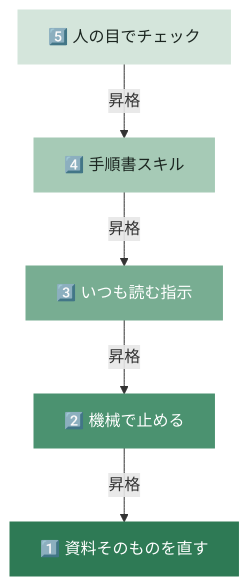
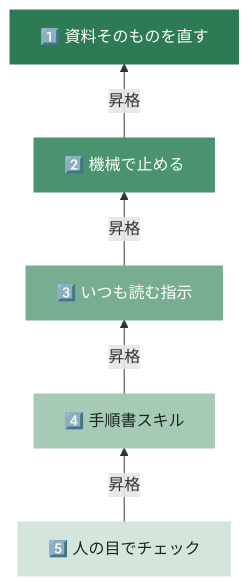
The fourth of 13 diagrams in articles/20260923-ai-kitchen-trust-ladder.md (souljazzfunk/zenn-content), drawn with Mermaid before and after one commit.

Commit message:
Flip trust ladder diagram so step 1 is on top

````diff
--- a/articles/20260923-ai-kitchen-trust-ladder.md
+++ b/articles/20260923-ai-kitchen-trust-ladder.md
@@ -110,19 +110,19 @@
 ```mermaid
-flowchart TD
+flowchart BT
     S1["1️⃣ 資料そのものを直す"]
     S2["2️⃣ 機械で止める"]
     S3["3️⃣ いつも読む指示"]
     S4["4️⃣ 手順書スキル"]
     S5["5️⃣ 人の目でチェック"]
     S5 -->|"昇格"| S4 -->|"昇格"| S3 -->|"昇格"| S2 -->|"昇格"| S1
     classDef r1 fill:#2e7a55,stroke:#2e7a55,color:#ffffff
     classDef r2 fill:#4b9270,stroke:#4b9270,color:#ffffff
     classDef r3 fill:#78ad92,stroke:#78ad92,color:#ffffff
     classDef r4 fill:#a6cab6,stroke:#a6cab6,color:#1c2621
     classDef r5 fill:#d4e5db,stroke:#d4e5db,color:#1c2621
     class S1 r1
     class S2 r2
     class S3 r3
     class S4 r4
     class S5 r5
 ```
````
